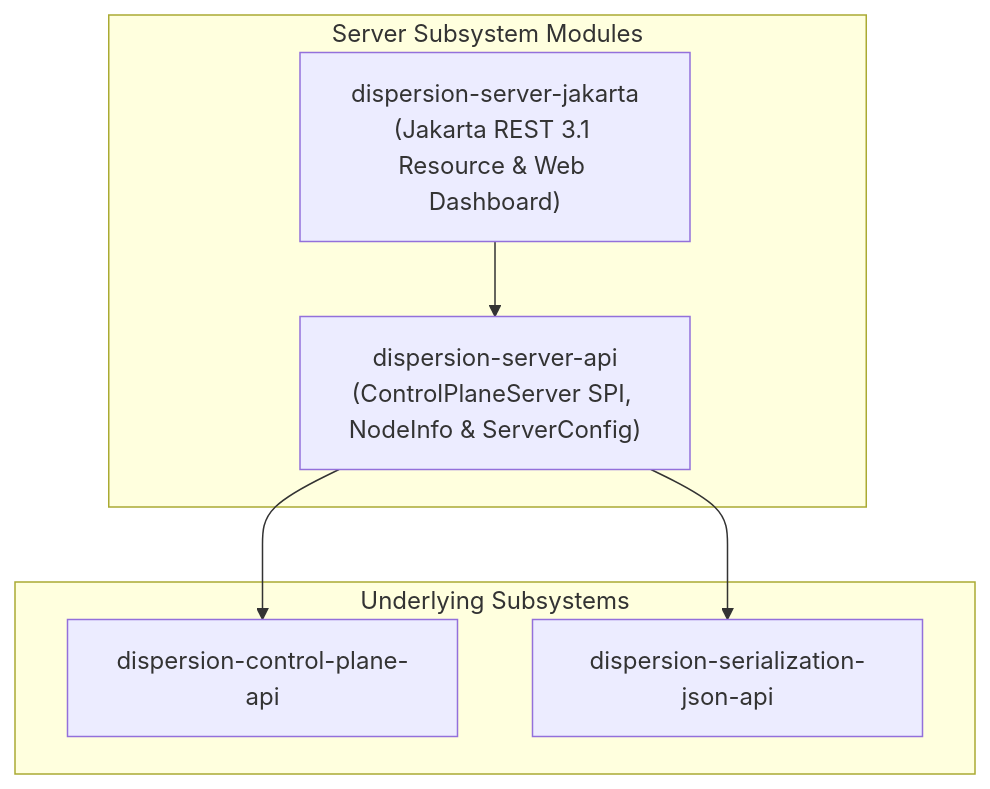
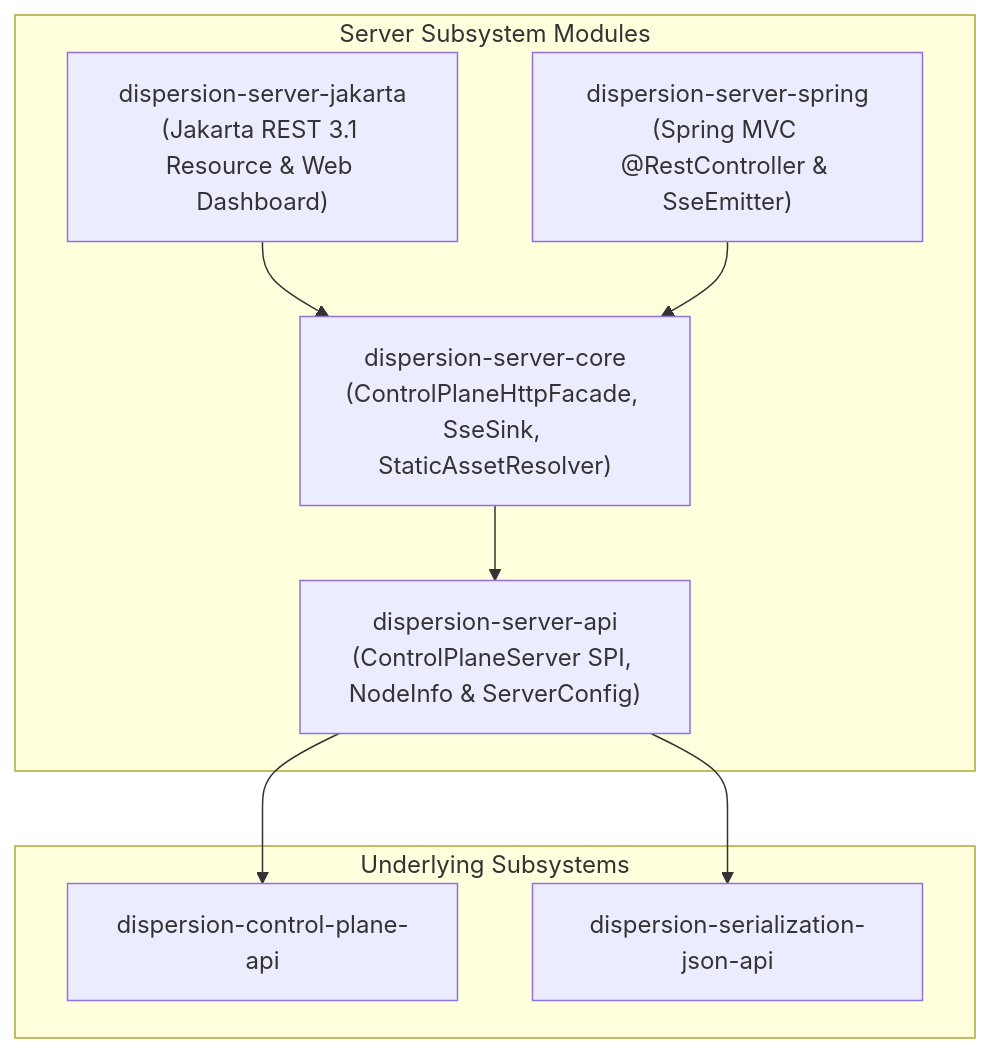
Before and after one commit to f442y/dispersion: the diagram in server/README.md, drawn with Mermaid. The commit also changed other lines of this file and 29 other files, not shown here.

````diff
--- a/server/README.md
+++ b/server/README.md
@@ -11,15 +13,19 @@
 ```mermaid
 graph TD
     subgraph ServerSubsystem["Server Subsystem Modules"]
         S_API["dispersion-server-api<br/>(ControlPlaneServer SPI, NodeInfo & ServerConfig)"]
+        S_CORE["dispersion-server-core<br/>(ControlPlaneHttpFacade, SseSink, StaticAssetResolver)"]
         S_JAKARTA["dispersion-server-jakarta<br/>(Jakarta REST 3.1 Resource & Web Dashboard)"]
+        S_SPRING["dispersion-server-spring<br/>(Spring MVC @RestController & SseEmitter)"]
 
-        S_JAKARTA --> S_API
+        S_CORE --> S_API
+        S_JAKARTA --> S_CORE
+        S_SPRING --> S_CORE
     end
 
     subgraph Dependencies["Underlying Subsystems"]
         CTRL["dispersion-control-plane-api"]
         JSON["dispersion-serialization-json-api"]
         S_API --> CTRL & JSON
     end
 ```
````
